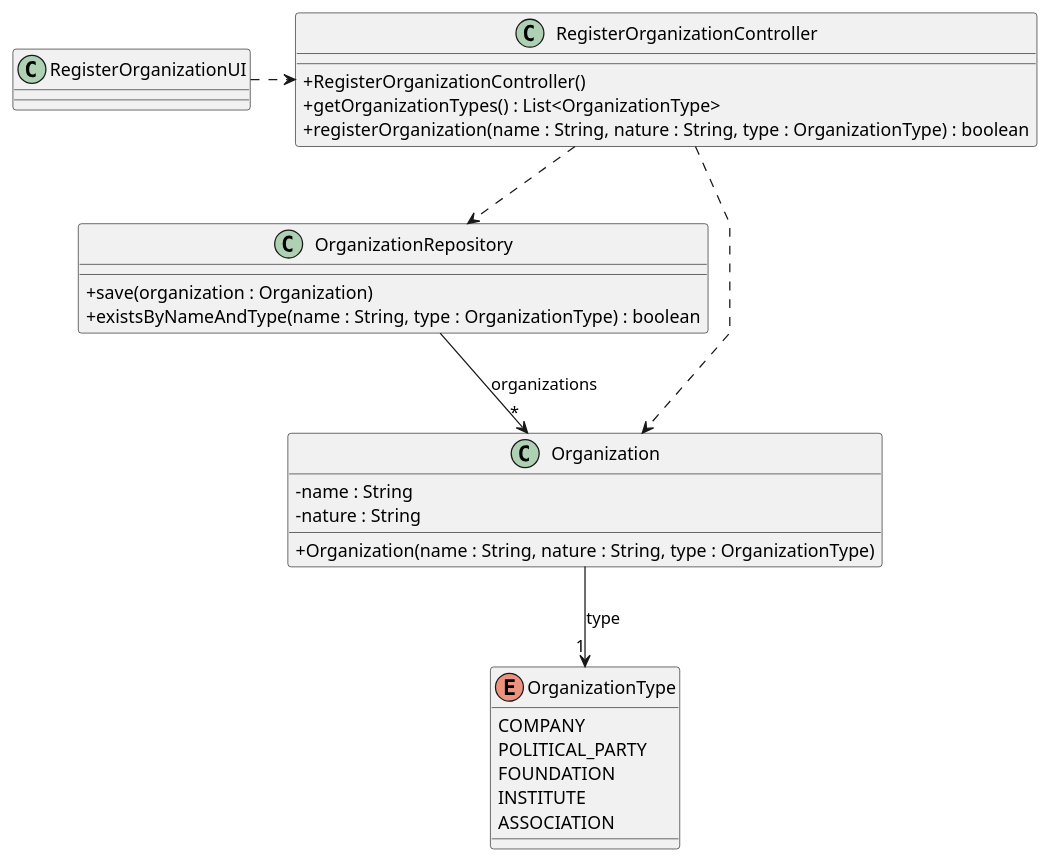
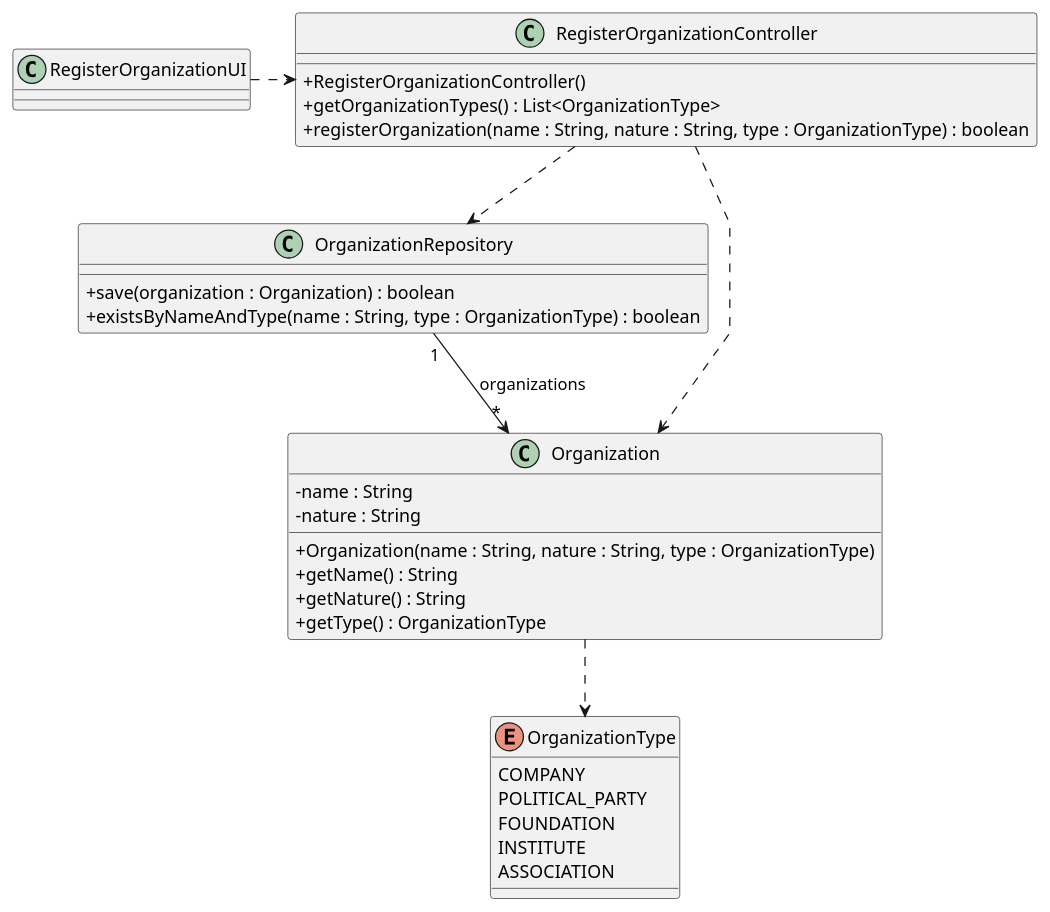
One commit to brunodspinto/crystal-clear-platform changed the diagram in docs/system-documentation/US04/03.design/puml/US04-CD.puml. Above: the diagram before and after it, drawn with PlantUML. The commit also changed 4 other files, not shown here.

Commit message:
Clarify Organization "nature" and update diagrams #5 #13

```diff
--- a/docs/system-documentation/US04/03.design/puml/US04-CD.puml
+++ b/docs/system-documentation/US04/03.design/puml/US04-CD.puml
@@ -1,45 +1,48 @@
 @startuml US04-CD
 'skinparam monochrome true
 skinparam packageStyle rectangle
 skinparam shadowing false
 skinparam linetype polyline
 skinparam classAttributeIconSize 0
 
 class RegisterOrganizationUI {
 }
 
 class RegisterOrganizationController {
     + RegisterOrganizationController()
     + getOrganizationTypes() : List<OrganizationType>
     + registerOrganization(name : String, nature : String, type : OrganizationType) : boolean
 }
 
 class OrganizationRepository {
-    + save(organization : Organization)
+    + save(organization : Organization) : boolean
     + existsByNameAndType(name : String, type : OrganizationType) : boolean
 }
 
 class Organization {
     - name : String
     - nature : String
     + Organization(name : String, nature : String, type : OrganizationType)
+    + getName() : String
+    + getNature() : String
+    + getType() : OrganizationType
 }
 
 enum OrganizationType {
     COMPANY
     POLITICAL_PARTY
     FOUNDATION
     INSTITUTE
     ASSOCIATION
 }
 
 RegisterOrganizationUI .> RegisterOrganizationController
 
 RegisterOrganizationController ..> OrganizationRepository
 RegisterOrganizationController ..> Organization
 
-OrganizationRepository --> "*" Organization : organizations
+OrganizationRepository "1" --> "*" Organization : organizations
 
-Organization --> "1" OrganizationType : type
+Organization ..> OrganizationType
 
 @enduml
```
